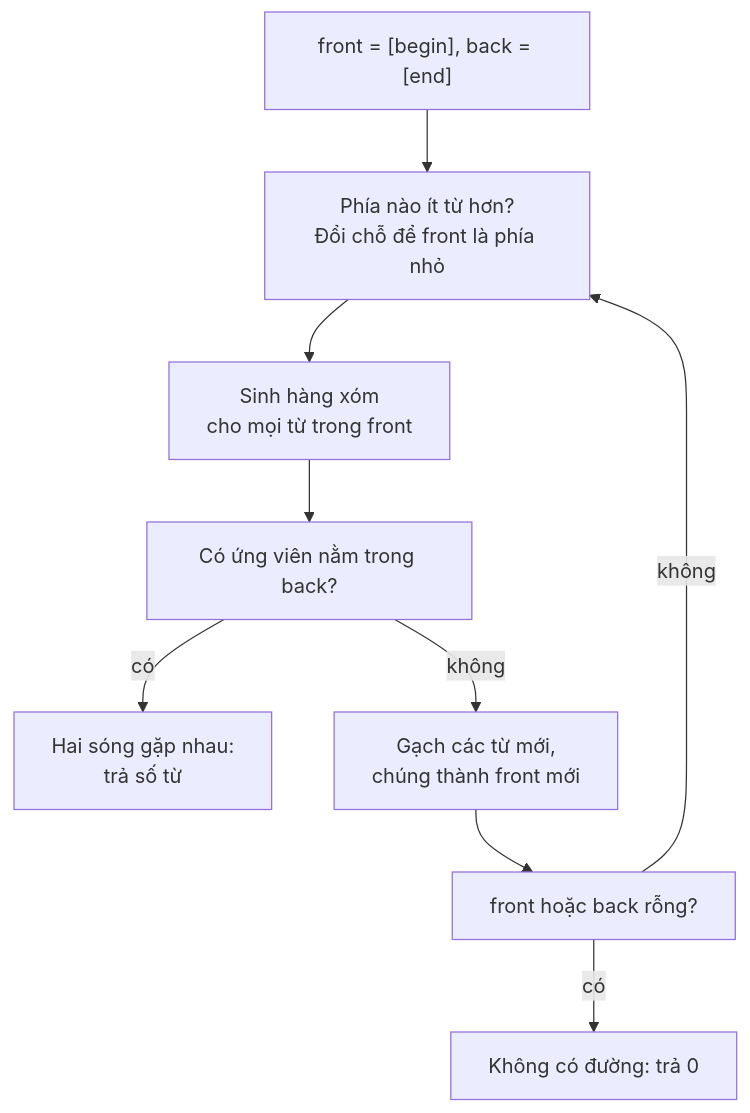
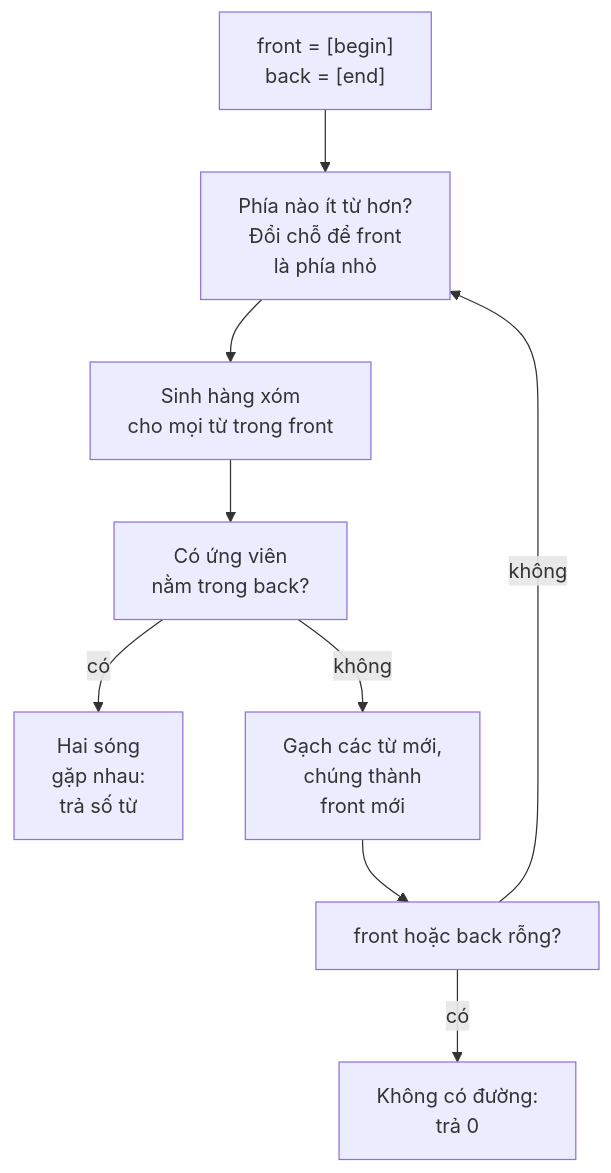
The second of 2 diagrams in content/problems/word-ladder.md (duongbui234/software-engineering-atlas), drawn with Mermaid before and after one commit. The commit also changed 134 other files, not shown here.

First line of the commit message:
Fit every Mermaid diagram at 390px without sideways scroll (#56)

````diff
--- a/content/problems/word-ladder.md
+++ b/content/problems/word-ladder.md
@@ -167,11 +167,11 @@
 ```mermaid
 flowchart TB
-  A["front = [begin], back = [end]"] --> B["Phía nào ít từ hơn?<br/>Đổi chỗ để front là phía nhỏ"]
+  A["front = [begin]<br/>back = [end]"] --> B["Phía nào ít từ hơn?<br/>Đổi chỗ để front<br/>là phía nhỏ"]
   B --> C["Sinh hàng xóm<br/>cho mọi từ trong front"]
-  C --> D["Có ứng viên nằm trong back?"]
-  D -- "có" --> E["Hai sóng gặp nhau:<br/>trả số từ"]
-  D -- "không" --> F["Gạch các từ mới,<br/>chúng thành front mới"]
+  C --> D["Có ứng viên<br/>nằm trong back?"]
+  D -- "có" --> E["Hai sóng<br/>gặp nhau:<br/>trả số từ"]
+  D -- "không" --> F["Gạch các từ mới,<br/>chúng thành<br/>front mới"]
   F --> G["front hoặc back rỗng?"]
   G -- "không" --> B
-  G -- "có" --> H["Không có đường: trả 0"]
+  G -- "có" --> H["Không có đường:<br/>trả 0"]
 ```
````
